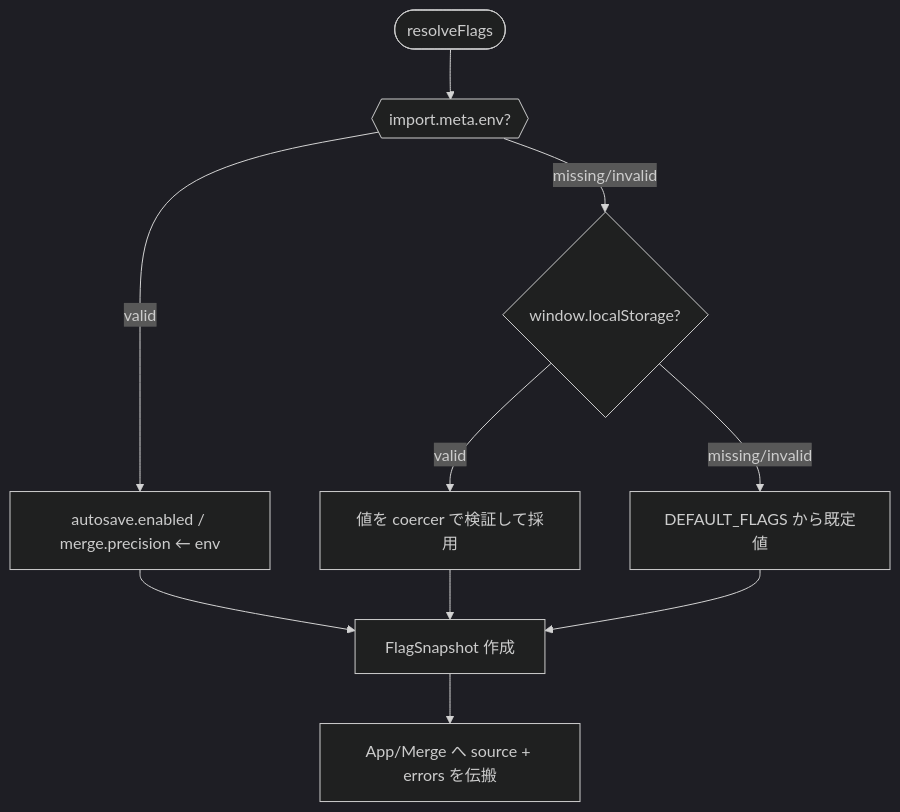
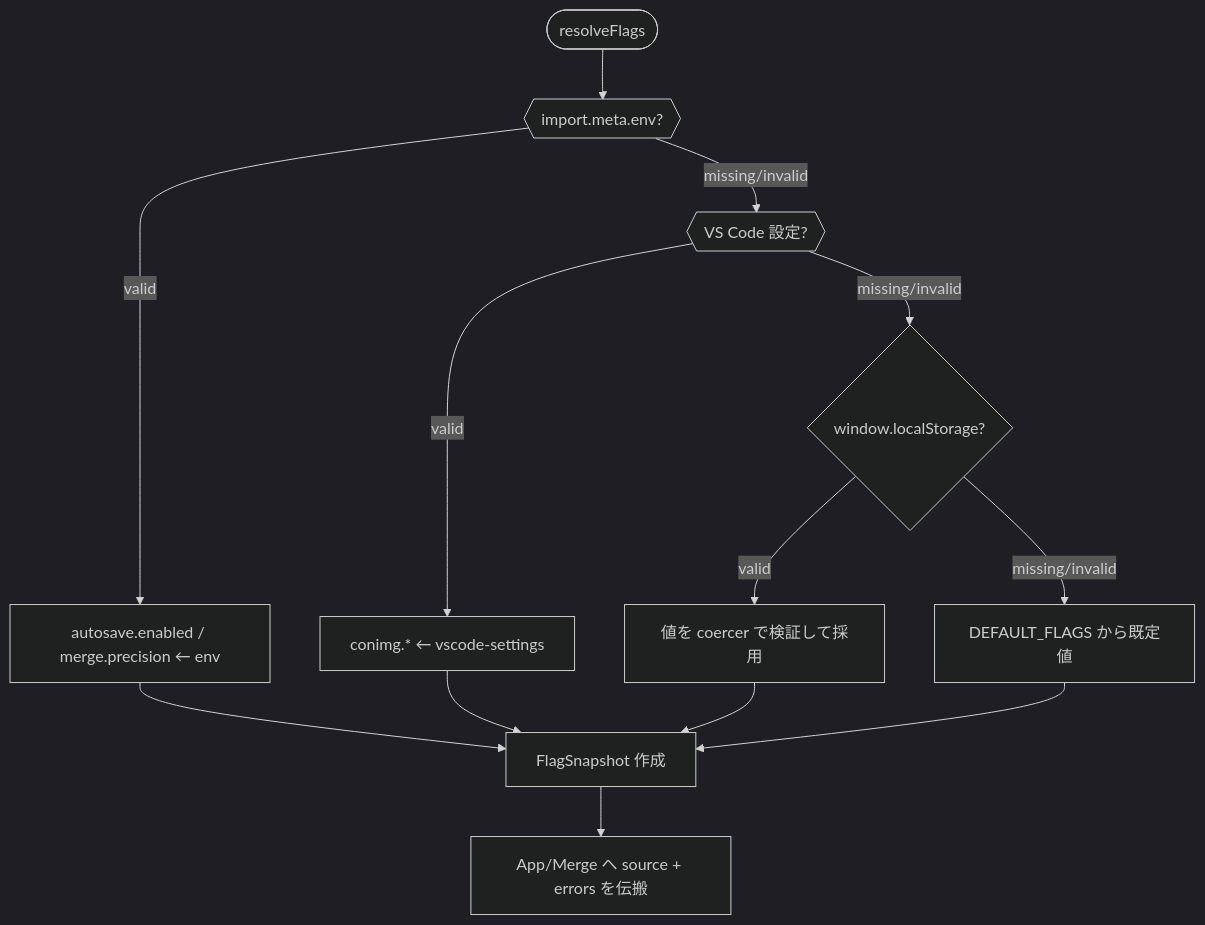
The diagram in docs/CONFIG_FLAGS.md (RNA4219/Conimgponic), drawn with Mermaid (dark theme) before and after one commit. The commit also changed other lines of this file and 4 other files, not shown here.

Commit message:
feat(config): bridge vscode settings into flag resolution

````diff
--- a/docs/CONFIG_FLAGS.md
+++ b/docs/CONFIG_FLAGS.md
@@ -85,12 +86,15 @@
 ```mermaid
 flowchart TD
     Start([resolveFlags]) --> EnvCheck{{import.meta.env?}}
     EnvCheck -- valid --> EnvHit[autosave.enabled / merge.precision ← env]
-    EnvCheck -- missing/invalid --> StorageCheck{window.localStorage?}
+    EnvCheck -- missing/invalid --> SettingsCheck{{VS Code 設定?}}
+    SettingsCheck -- valid --> SettingsHit[conimg.* ← vscode-settings]
+    SettingsCheck -- missing/invalid --> StorageCheck{window.localStorage?}
     StorageCheck -- valid --> StorageHit[値を coercer で検証して採用]
     StorageCheck -- missing/invalid --> DefaultHit[DEFAULT_FLAGS から既定値]
     EnvHit --> Snapshot[FlagSnapshot 作成]
+    SettingsHit --> Snapshot
     StorageHit --> Snapshot
     DefaultHit --> Snapshot
     Snapshot --> Telemetry[App/Merge へ source + errors を伝搬]
 ```
````
